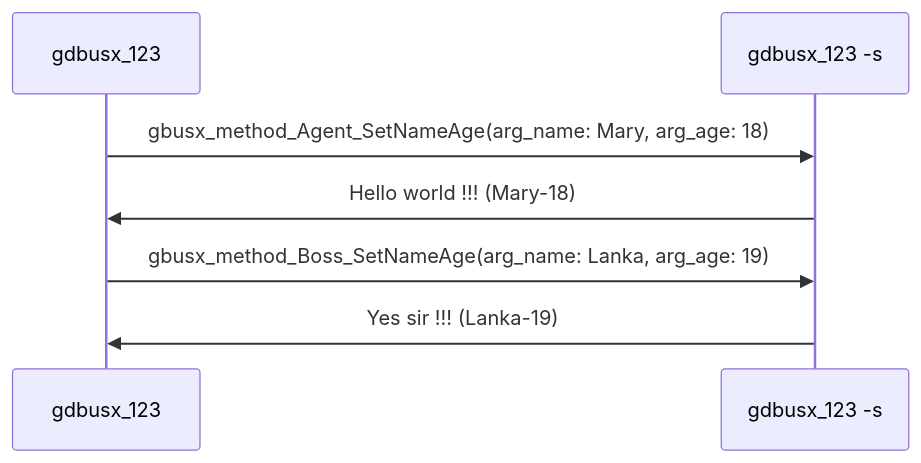
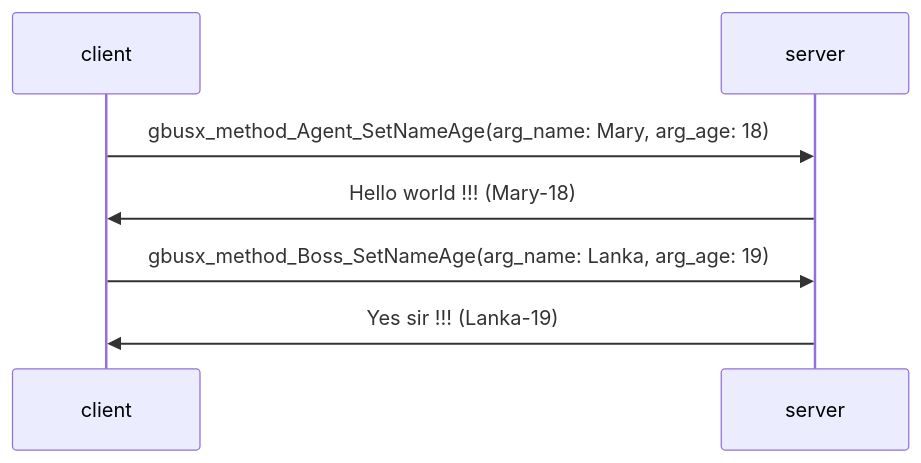
One commit to lankahsu520/GDBusX changed the third of 6 diagrams in README.md. Above: the diagram before and after it, drawn with Mermaid. The commit also changed other lines of this file and 3 other files, not shown here.

Commit message:
git add client.c and server.c

````diff
--- a/README.md
+++ b/README.md
@@ -81,11 +121,11 @@
 ```mermaid
 sequenceDiagram
-	participant client as gdbusx_123
-	participant server as gdbusx_123 -s
+	participant client as client
+	participant server as server
 
 	client->>server: gbusx_method_Agent_SetNameAge(arg_name: Mary, arg_age: 18)
 	server->>client: Hello world !!! (Mary-18)
 	client->>server: gbusx_method_Boss_SetNameAge(arg_name: Lanka, arg_age: 19)
 	server->>client: Yes sir !!! (Lanka-19)
 
 ```
````
